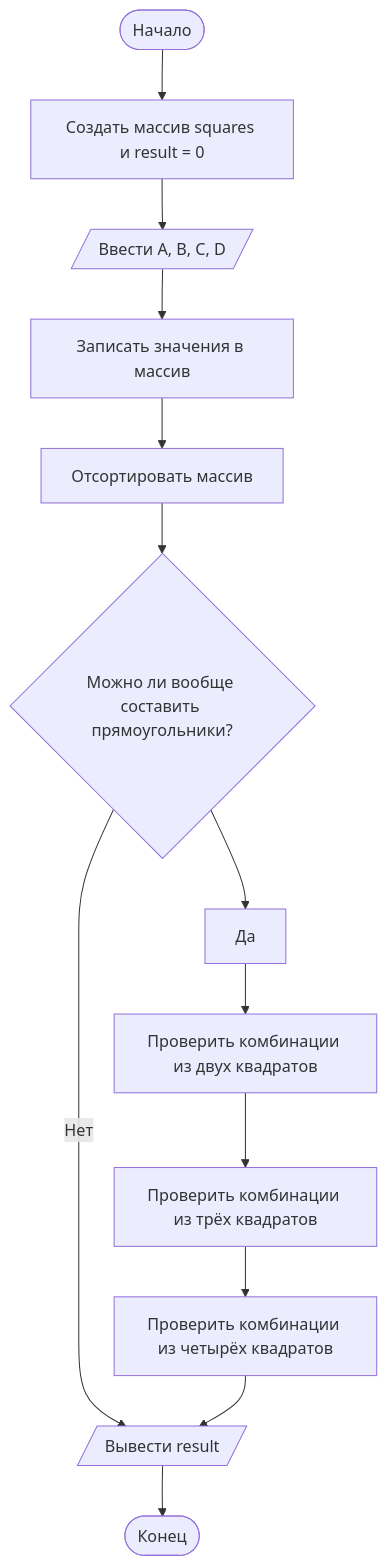
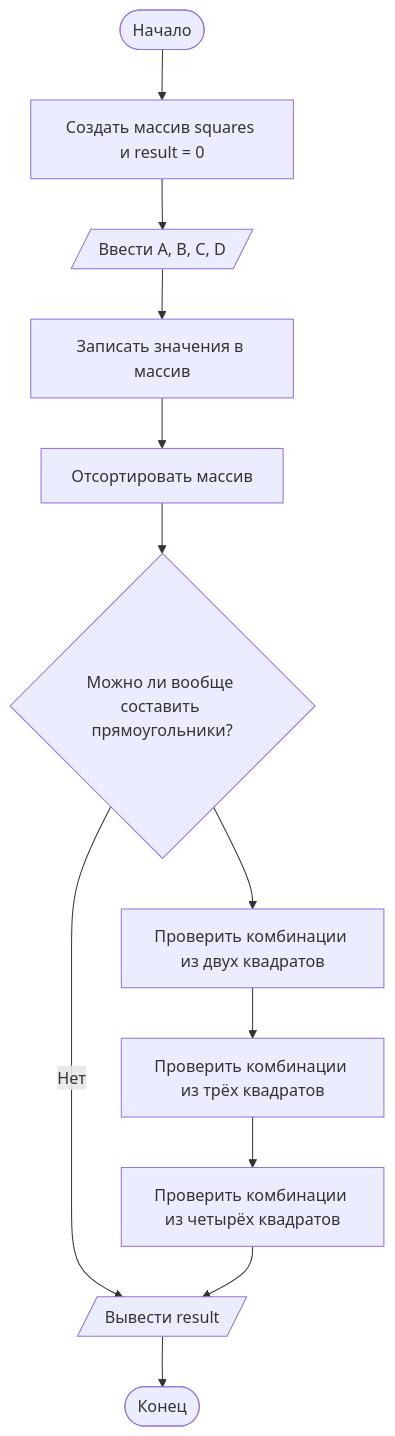
Before and after one commit to bsodiumSHH/Lab11: the diagram in README.md, drawn with Mermaid.

````diff
--- a/README.md
+++ b/README.md
@@ -92,14 +92,14 @@
 ```mermaid
   graph TD
       A([Начало]) --> B[Создать массив squares и result = 0]
       B --> C[/Ввести A, B, C, D/]
       C --> D[Записать значения в массив]
       D --> E[Отсортировать массив]
       E --> F{Можно ли вообще составить прямоугольники?}
       F -- Нет --> J[/Вывести result/]
-      F --> Да --> G[Проверить комбинации из двух квадратов]
+      F --> G[Проверить комбинации из двух квадратов]
       G --> H[Проверить комбинации из трёх квадратов]
       H --> I[Проверить комбинации из четырёх квадратов]
       I --> J
       J --> K([Конец])
 ```
````
